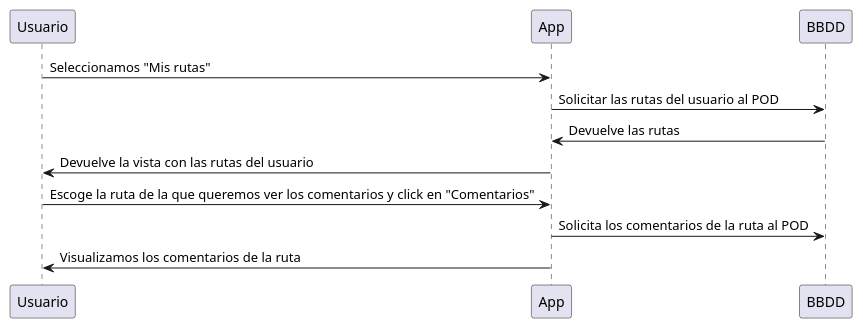
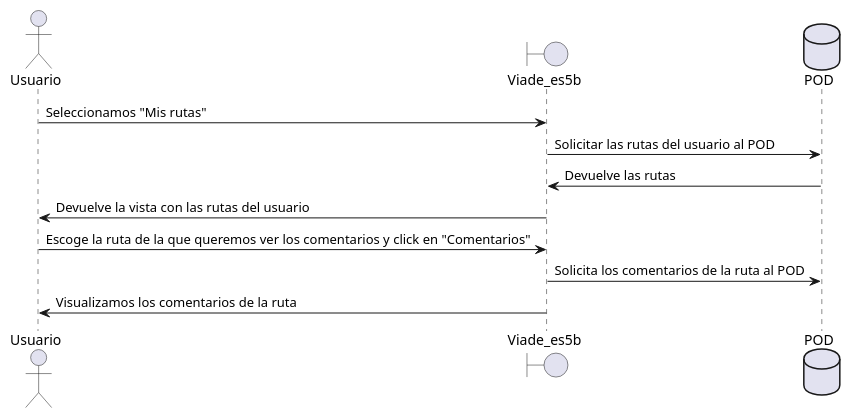
Diagram 11 of 16 in src/docs/06_runtime_view.adoc (Arquisoft/viade_es5b), drawn with PlantUML before and after one commit. The commit also changed other lines of this file, not shown here.

Commit message:
Cambios a partir del escenario 1

```diff
--- a/src/docs/06_runtime_view.adoc
+++ b/src/docs/06_runtime_view.adoc
@@ -255,10 +286,13 @@
 [plantuml,"DiagramaVerComentariosRuta",png]
 ----
-Usuario -> App: Seleccionamos "Mis rutas"
-App -> BBDD : Solicitar las rutas del usuario al POD
-BBDD -> App: Devuelve las rutas
-App -> Usuario: Devuelve la vista con las rutas del usuario
-Usuario -> App: Escoge la ruta de la que queremos ver los comentarios y click en "Comentarios"
-App -> BBDD: Solicita los comentarios de la ruta al POD
-App -> Usuario: Visualizamos los comentarios de la ruta
+actor Usuario
+boundary Viade_es5b
+database POD
+Usuario -> Viade_es5b: Seleccionamos "Mis rutas"
+Viade_es5b -> POD : Solicitar las rutas del usuario al POD
+POD -> Viade_es5b: Devuelve las rutas
+Viade_es5b -> Usuario: Devuelve la vista con las rutas del usuario
+Usuario -> Viade_es5b: Escoge la ruta de la que queremos ver los comentarios y click en "Comentarios"
+Viade_es5b -> POD: Solicita los comentarios de la ruta al POD
+Viade_es5b -> Usuario: Visualizamos los comentarios de la ruta
 ----
```
